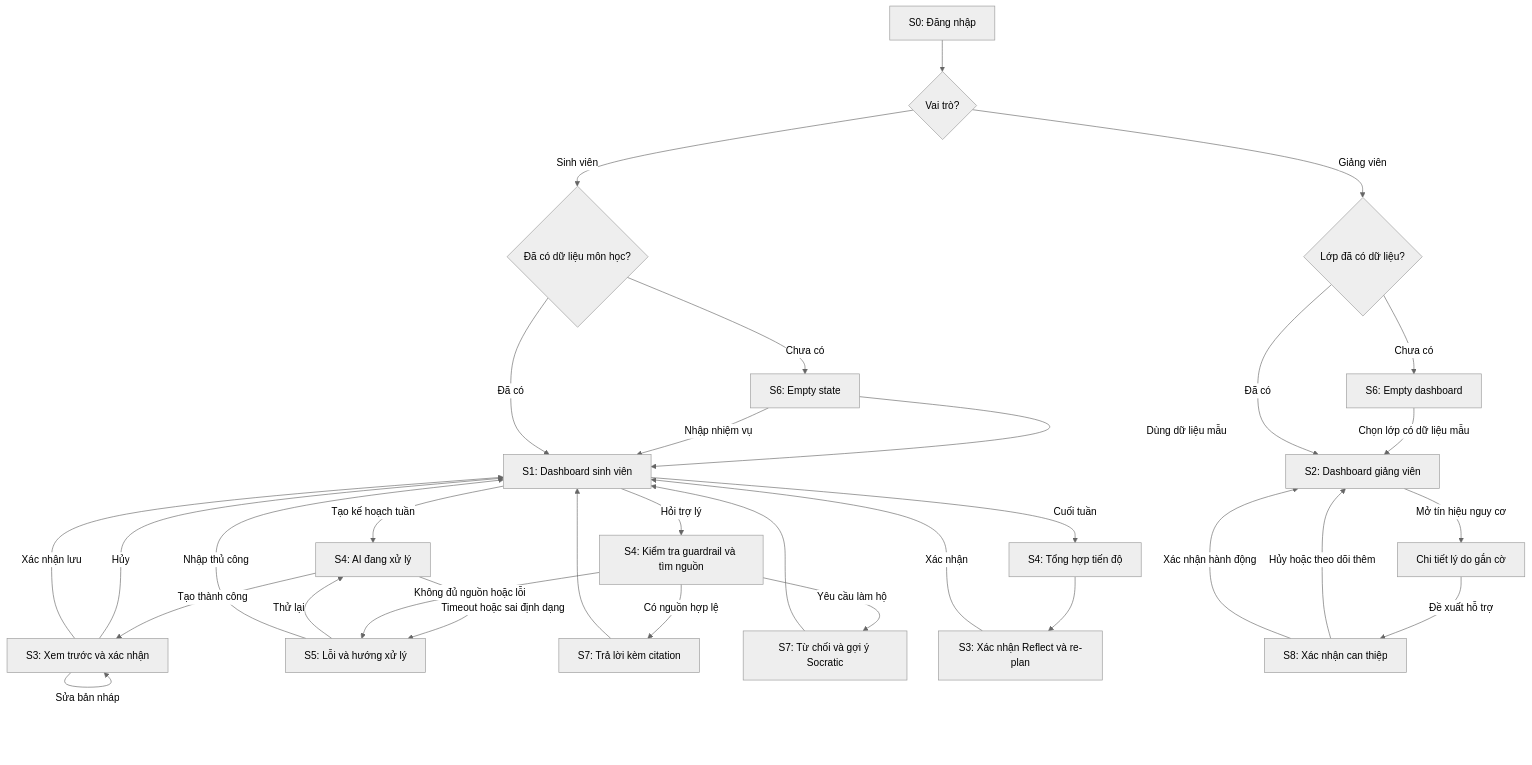
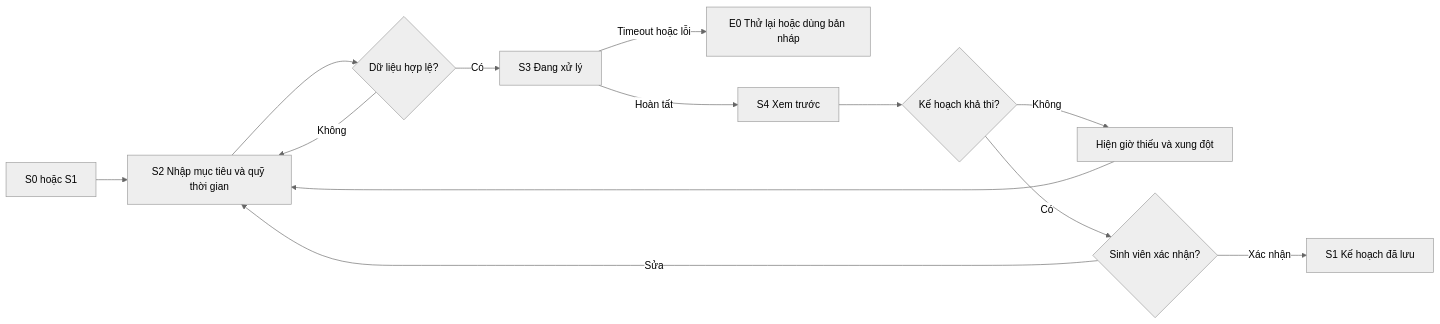
The second of 6 diagrams in docs/03-wireframe-uiflow.md (kchi24/VINUNI_T008_), drawn with Mermaid (neutral theme) before and after one commit. The commit also changed other lines of this file and 6 other files, not shown here.

Commit message:
docs: align PaceWise product architecture

````diff
--- a/docs/03-wireframe-uiflow.md
+++ b/docs/03-wireframe-uiflow.md
@@ -23,39 +57,15 @@
 ```mermaid
-flowchart TD
-    A[S0: Đăng nhập] --> B{Vai trò?}
-
-    B -->|Sinh viên| C{Đã có dữ liệu môn học?}
-    C -->|Chưa có| D[S6: Empty state]
-    D -->|Dùng dữ liệu mẫu| E[S1: Dashboard sinh viên]
-    D -->|Nhập nhiệm vụ| E
-    C -->|Đã có| E
-
-    E -->|Tạo kế hoạch tuần| F[S4: AI đang xử lý]
-    F -->|Tạo thành công| G[S3: Xem trước và xác nhận]
-    F -->|Timeout hoặc sai định dạng| H[S5: Lỗi và hướng xử lý]
-    H -->|Thử lại| F
-    H -->|Nhập thủ công| E
-    G -->|Sửa bản nháp| G
-    G -->|Hủy| E
-    G -->|Xác nhận lưu| E
-
-    E -->|Hỏi trợ lý| I[S4: Kiểm tra guardrail và tìm nguồn]
-    I -->|Có nguồn hợp lệ| J[S7: Trả lời kèm citation]
-    I -->|Yêu cầu làm hộ| K[S7: Từ chối và gợi ý Socratic]
-    I -->|Không đủ nguồn hoặc lỗi| H
-    J --> E
-    K --> E
-
-    E -->|Cuối tuần| L[S4: Tổng hợp tiến độ]
-    L --> M[S3: Xác nhận Reflect và re-plan]
-    M -->|Xác nhận| E
-
-    B -->|Giảng viên| N{Lớp đã có dữ liệu?}
-    N -->|Chưa có| O[S6: Empty dashboard]
-    O -->|Chọn lớp có dữ liệu mẫu| P[S2: Dashboard giảng viên]
-    N -->|Đã có| P
-    P -->|Mở tín hiệu nguy cơ| Q[Chi tiết lý do gắn cờ]
-    Q -->|Đề xuất hỗ trợ| R[S8: Xác nhận can thiệp]
-    R -->|Hủy hoặc theo dõi thêm| P
-    R -->|Xác nhận hành động| P
+flowchart LR
+    A[S0 hoặc S1] --> B[S2 Nhập mục tiêu và quỹ thời gian]
+    B --> C{Dữ liệu hợp lệ?}
+    C -->|Không| B
+    C -->|Có| D[S3 Đang xử lý]
+    D -->|Timeout hoặc lỗi| E[E0 Thử lại hoặc dùng bản nháp]
+    D -->|Hoàn tất| F[S4 Xem trước]
+    F --> G{Kế hoạch khả thi?}
+    G -->|Không| H[Hiện giờ thiếu và xung đột]
+    H --> B
+    G -->|Có| I{Sinh viên xác nhận?}
+    I -->|Sửa| B
+    I -->|Xác nhận| J[S1 Kế hoạch đã lưu]
 ```
````
